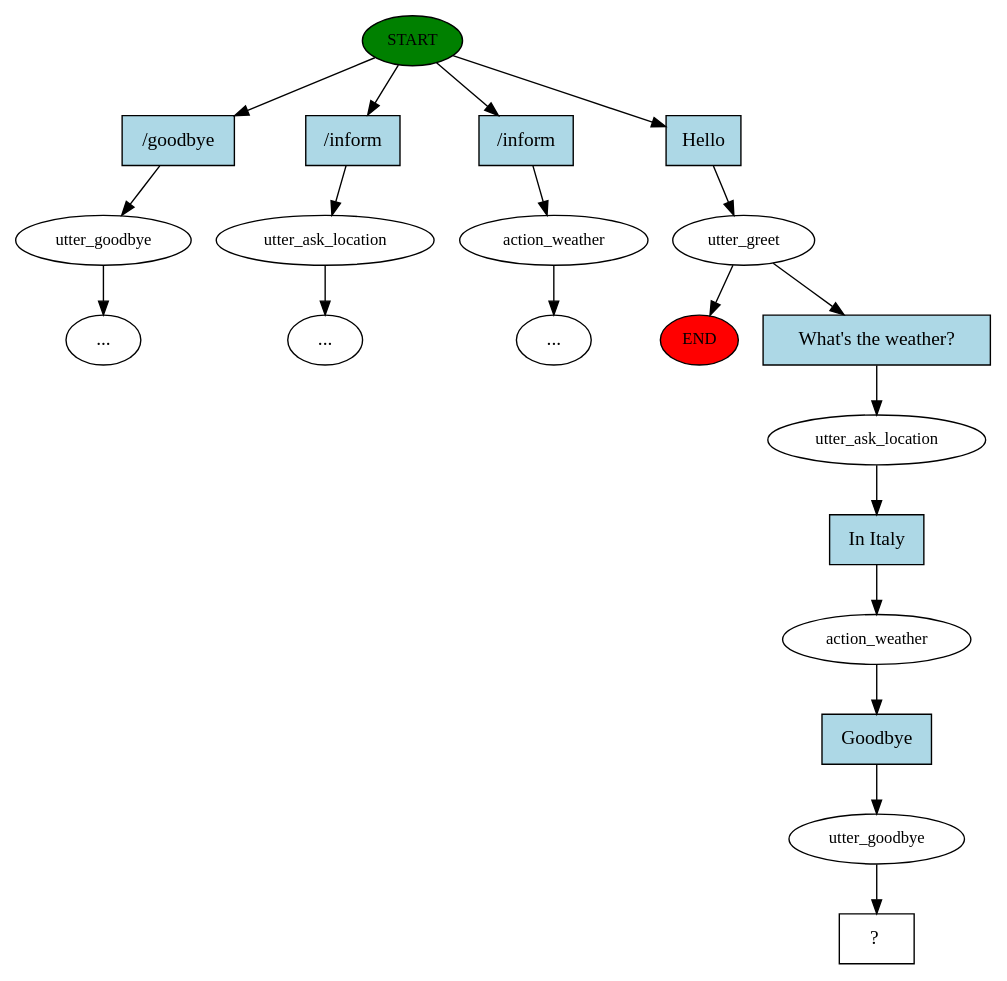
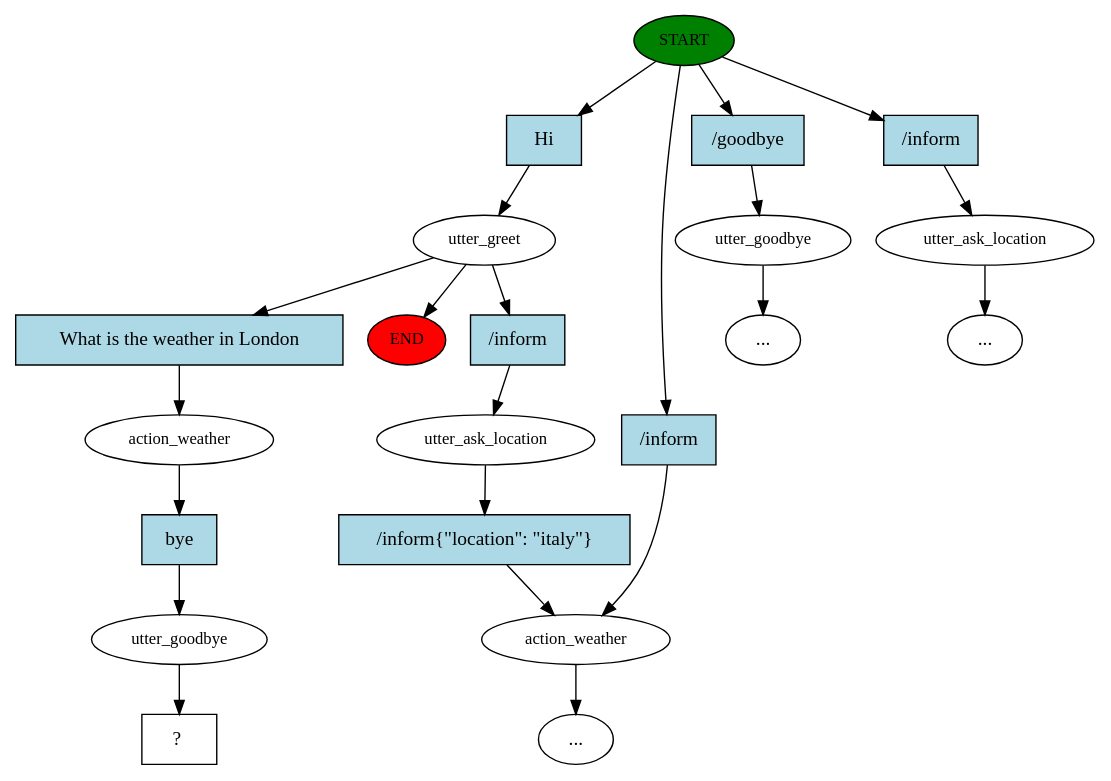
Before and after one commit to dimashh/weatherBot: the diagram in story_graph.dot, drawn with Graphviz. The commit also changed 8 other files, not shown here.

```diff
--- a/story_graph.dot
+++ b/story_graph.dot
@@ -1,41 +1,44 @@
 digraph  {
 0 [class="start active", fillcolor=green, fontsize=12, label=START, style=filled];
 "-1" [class=end, fillcolor=red, fontsize=12, label=END, style=filled];
-1 [class="", fontsize=12, label=utter_goodbye];
+1 [class=active, fontsize=12, label=utter_greet];
+2 [class="", fontsize=12, label=utter_goodbye];
 "-3" [class=ellipsis, label="..."];
-2 [class="", fontsize=12, label=utter_ask_location];
+3 [class="", fontsize=12, label=utter_ask_location];
 "-4" [class=ellipsis, label="..."];
-3 [class="", fontsize=12, label=action_weather];
-"-5" [class=ellipsis, label="..."];
-4 [class=active, fontsize=12, label=utter_greet];
-6 [class=active, fontsize=12, label=utter_ask_location];
-7 [class=active, fontsize=12, label=action_weather];
-8 [class=active, fontsize=12, label=utter_goodbye];
-9 [class="intent dashed active", label="  ?  ", shape=rect];
-10 [class=intent, fillcolor=lightblue, label="/goodbye", shape=rect, style=filled];
-11 [class=intent, fillcolor=lightblue, label="/inform", shape=rect, style=filled];
-12 [class=intent, fillcolor=lightblue, label="/inform", shape=rect, style=filled];
-13 [class="intent active", fillcolor=lightblue, label=Hello, shape=rect, style=filled];
-14 [class="intent active", fillcolor=lightblue, label="What's\ the\ weather\?", shape=rect, style=filled];
-15 [class="intent active", fillcolor=lightblue, label="In\ Italy", shape=rect, style=filled];
-16 [class="intent active", fillcolor=lightblue, label=Goodbye, shape=rect, style=filled];
-0 -> 10  [class="", key=0];
-0 -> 11  [class="", key=0];
-0 -> 12  [class="", key=0];
-0 -> 13  [class=active, key=0];
-1 -> "-3"  [class="", key=NONE, label=""];
-2 -> "-4"  [class="", key=NONE, label=""];
-3 -> "-5"  [class="", key=NONE, label=""];
-4 -> "-1"  [class="", key=NONE, label=""];
-4 -> 14  [class=active, key=0];
-6 -> 15  [class=active, key=0];
-7 -> 16  [class=active, key=0];
-8 -> 9  [class=active, key=NONE, label=""];
-10 -> 1  [class="", key=0];
-11 -> 2  [class="", key=0];
-12 -> 3  [class="", key=0];
-13 -> 4  [class=active, key=0];
-14 -> 6  [class=active, key=0];
-15 -> 7  [class=active, key=0];
-16 -> 8  [class=active, key=0];
+4 [class="", fontsize=12, label=action_weather];
+6 [class="", fontsize=12, label=utter_ask_location];
+"-6" [class=ellipsis, label="..."];
+9 [class=active, fontsize=12, label=action_weather];
+10 [class=active, fontsize=12, label=utter_goodbye];
+11 [class="intent dashed active", label="  ?  ", shape=rect];
+12 [class="intent active", fillcolor=lightblue, label=Hi, shape=rect, style=filled];
+13 [class=intent, fillcolor=lightblue, label="/goodbye", shape=rect, style=filled];
+14 [class=intent, fillcolor=lightblue, label="/inform", shape=rect, style=filled];
+15 [class=intent, fillcolor=lightblue, label="/inform", shape=rect, style=filled];
+16 [class=intent, fillcolor=lightblue, label="/inform", shape=rect, style=filled];
+17 [class="intent active", fillcolor=lightblue, label="What\ is\ the\ weather\ in\ London", shape=rect, style=filled];
+18 [class=intent, fillcolor=lightblue, label="/inform\{\"location\":\ \"italy\"\}", shape=rect, style=filled];
+19 [class="intent active", fillcolor=lightblue, label=bye, shape=rect, style=filled];
+0 -> 12  [class=active, key=0];
+0 -> 13  [class="", key=0];
+0 -> 14  [class="", key=0];
+0 -> 15  [class="", key=0];
+1 -> "-1"  [class="", key=NONE, label=""];
+1 -> 16  [class="", key=0];
+1 -> 17  [class=active, key=0];
+2 -> "-3"  [class="", key=NONE, label=""];
+3 -> "-4"  [class="", key=NONE, label=""];
+4 -> "-6"  [class="", key=NONE, label=""];
+6 -> 18  [class="", key=0];
+9 -> 19  [class=active, key=0];
+10 -> 11  [class=active, key=NONE, label=""];
+12 -> 1  [class=active, key=0];
+13 -> 2  [class="", key=0];
+14 -> 3  [class="", key=0];
+15 -> 4  [class="", key=0];
+16 -> 6  [class="", key=0];
+17 -> 9  [class=active, key=0];
+18 -> 4  [class="", key=0];
+19 -> 10  [class=active, key=0];
 }
```
